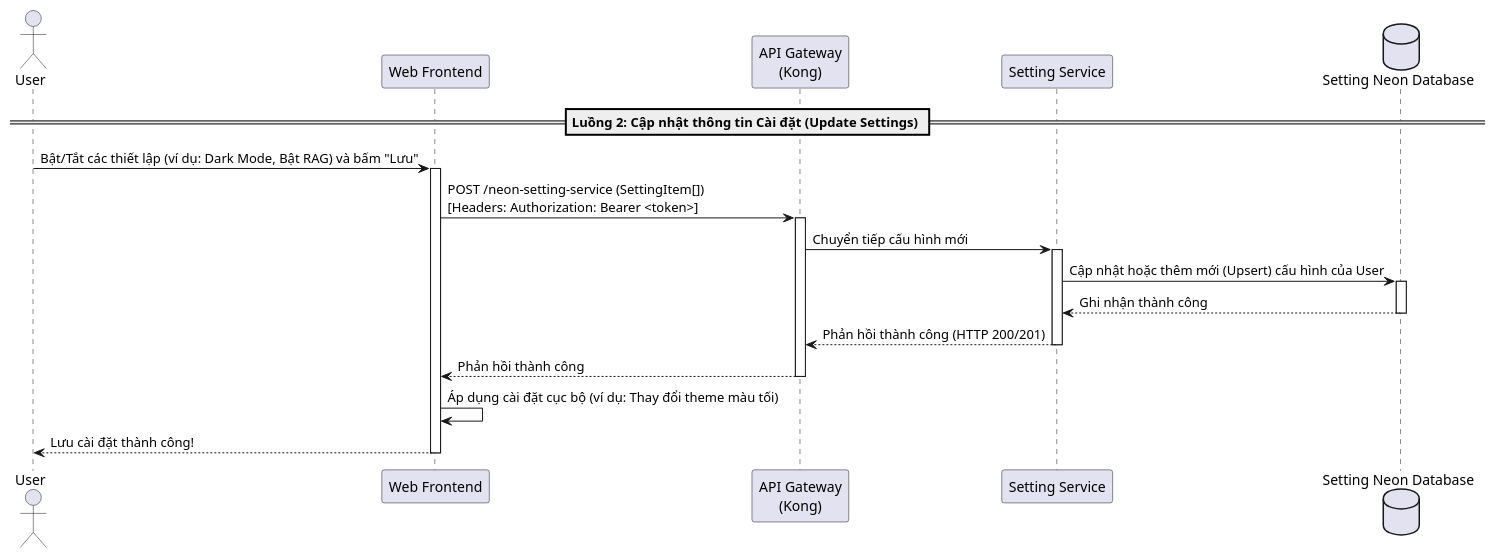
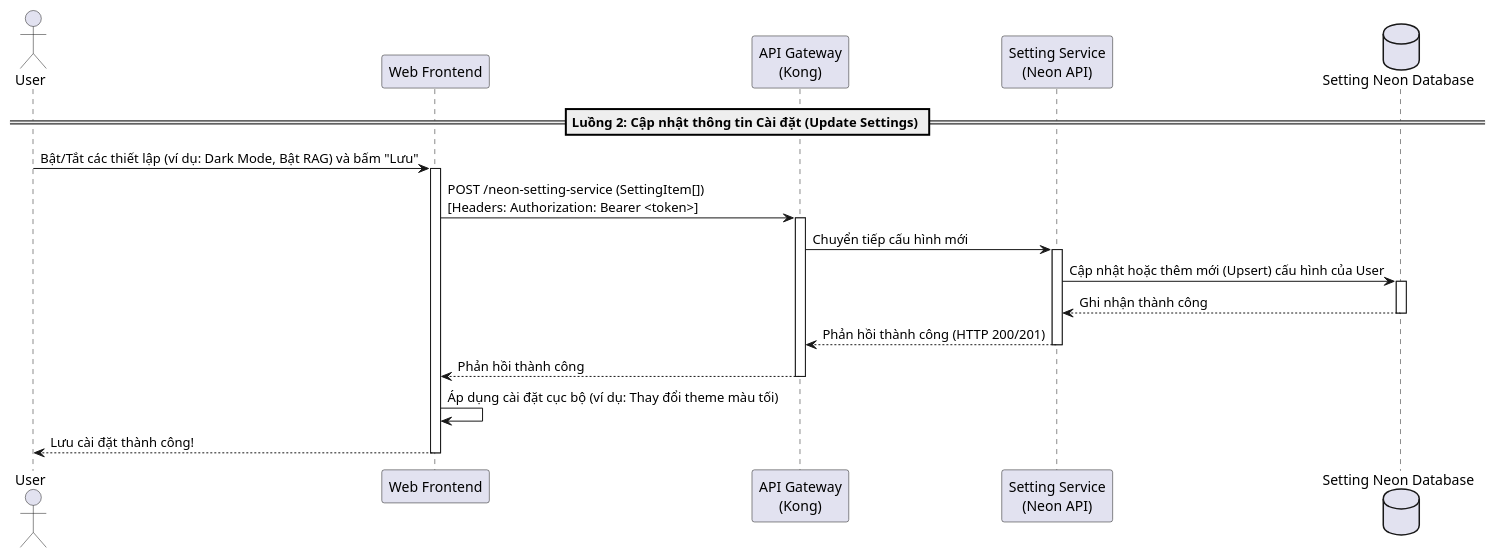
One commit to 20206205Tech/docs-uml changed the diagram in temp/05-sequence/UML-Sequence-16.puml. Above: the diagram before and after it, drawn with PlantUML. The commit also changed 5 other files, not shown here.

```diff
--- a/temp/05-sequence/UML-Sequence-16.puml
+++ b/temp/05-sequence/UML-Sequence-16.puml
@@ -1,28 +1,28 @@
 @startuml
 actor "User" as User
 participant "Web Frontend" as Frontend
 participant "API Gateway\n(Kong)" as Kong
-participant "Setting Service" as SettingService
+participant "Setting Service\n(Neon API)" as SettingService
 database "Setting Neon Database" as DB
 
 == Luồng 2: Cập nhật thông tin Cài đặt (Update Settings) ==
 User -> Frontend: Bật/Tắt các thiết lập (ví dụ: Dark Mode, Bật RAG) và bấm "Lưu"
 activate Frontend
 
 Frontend -> Kong: POST /neon-setting-service (SettingItem[]) \n[Headers: Authorization: Bearer <token>]
 activate Kong
 Kong -> SettingService: Chuyển tiếp cấu hình mới
 activate SettingService
 SettingService -> DB: Cập nhật hoặc thêm mới (Upsert) cấu hình của User
 activate DB
 DB --> SettingService: Ghi nhận thành công
 deactivate DB
 SettingService --> Kong: Phản hồi thành công (HTTP 200/201)
 deactivate SettingService
 Kong --> Frontend: Phản hồi thành công
 deactivate Kong
 
 Frontend -> Frontend: Áp dụng cài đặt cục bộ (ví dụ: Thay đổi theme màu tối)
 Frontend --> User: Lưu cài đặt thành công!
 deactivate Frontend
 @enduml
```
